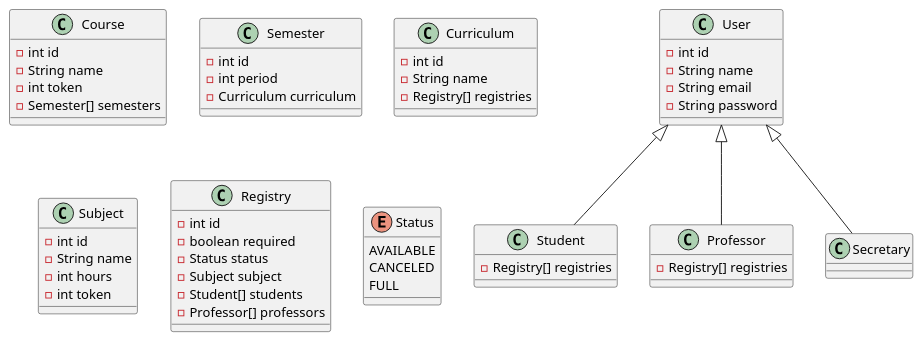
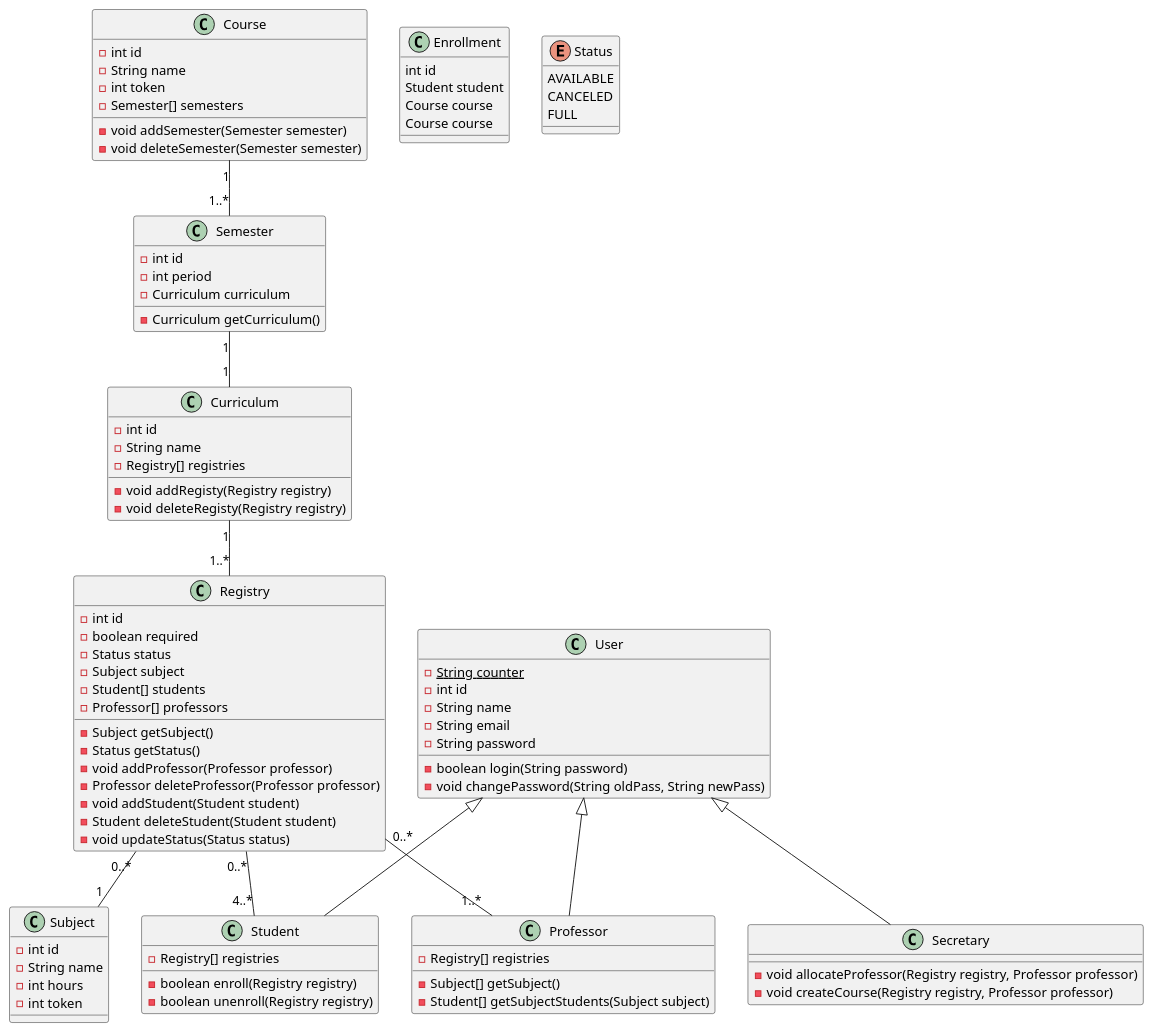
Before and after one commit to migueltico2/laboratorio-de-desenvolvimento-de-software: the diagram in projeto 1/project/classDiagram.plantuml, drawn with PlantUML. The commit also changed 7 other files, not shown here.

Commit message:
feat: add class diagram and java project

```diff
--- a/projeto 1/project/classDiagram.plantuml
+++ b/projeto 1/project/classDiagram.plantuml
@@ -1,57 +1,92 @@
 @startuml
 
 class User {
+    -{static} String counter
     -int id
     -String name
     -String email
     -String password
+    -boolean login(String password)
+    -void changePassword(String oldPass, String newPass)
 }
 class Student {
     -Registry[] registries
+    -boolean enroll(Registry registry)
+    -boolean unenroll(Registry registry)
 }
 class Professor {
     -Registry[] registries
+    -Subject[] getSubject()
+    -Student[] getSubjectStudents(Subject subject)
 }
-class Secretary {}
+class Secretary {
+    -void allocateProfessor(Registry registry, Professor professor)
+    -void createCourse(Registry registry, Professor professor)
+}
+class Enrollment {
+    int id
+    Student student
+    Course course
+    Course course
+}
 class Course {
     -int id
     -String name
     -int token
     -Semester[] semesters
+    -void addSemester(Semester semester)
+    -void deleteSemester(Semester semester)
 }
 class Semester {
     -int id
     -int period
-    -Curriculum curriculum 
+    -Curriculum curriculum
+    -Curriculum getCurriculum()
 }
 class Curriculum {
     -int id
     -String name
     -Registry[] registries
+    -void addRegisty(Registry registry)
+    -void deleteRegisty(Registry registry)
 }
 class Subject {
     -int id
     -String name
     -int hours
     -int token
 }
 class Registry {
     -int id
     -boolean required
     -Status status
     -Subject subject
     -Student[] students
     -Professor[] professors
+    -Subject getSubject()
+    -Status getStatus()
+    -void addProfessor(Professor professor)
+    -Professor deleteProfessor(Professor professor)
+    -void addStudent(Student student)
+    -Student deleteStudent(Student student)
+    -void updateStatus(Status status)
 }
 
 enum Status {
     AVAILABLE
     CANCELED
     FULL
 }
 
 User <|-- Student
 User <|-- Professor
 User <|-- Secretary
 
+Course "1" -- "1..*" Semester
+Semester "1" -- "1" Curriculum
+Curriculum "1" -- "1..*" Registry
+Registry "0..*" -- "1" Subject
+Registry "0..*" -- "4..*" Student
+Registry "0..*" -- "1..*" Professor
+
 @enduml
```
